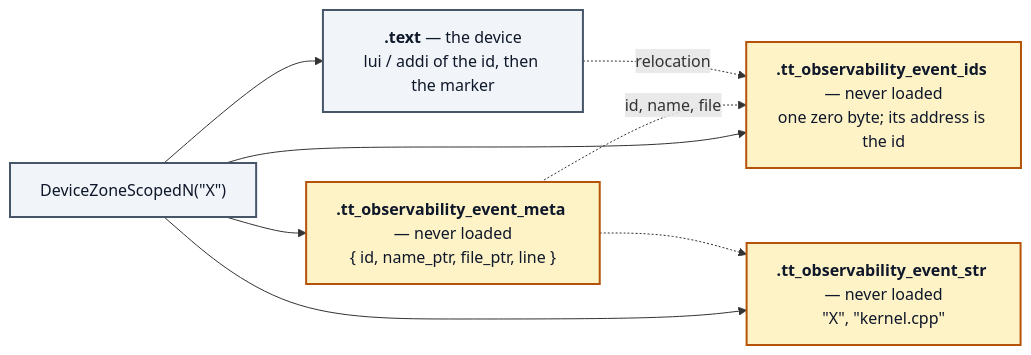
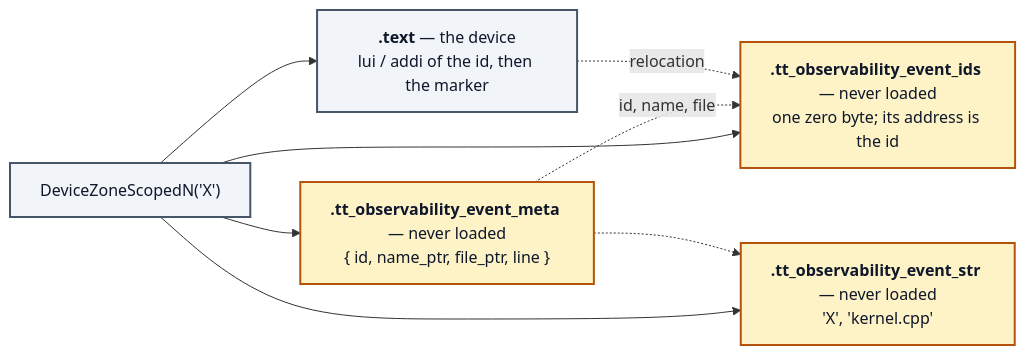
Before and after one commit to tenstorrent/tt-metal: the second of 2 diagrams in tt_metal/tools/profiler/STREAMING_PROFILER_ZONE_IDS.md, drawn with Mermaid. The commit also changed other lines of this file, not shown here.

Commit message:
profiler: zone-id doc -- fix the Mermaid diagrams on GitHub
GitHub decodes &quot; back to a double quote before Mermaid parses the label, which ends the
quoted label early ("Parse error on line 8 ... got 'STR'"). Use single quotes inside labels.

````diff
--- a/tt_metal/tools/profiler/STREAMING_PROFILER_ZONE_IDS.md
+++ b/tt_metal/tools/profiler/STREAMING_PROFILER_ZONE_IDS.md
@@ -57,19 +57,19 @@
 ```mermaid
 flowchart LR
   classDef code fill:#F1F5F9,stroke:#475569,stroke-width:2px,color:#0F172A
   classDef sec  fill:#FEF3C7,stroke:#B45309,stroke-width:2px,color:#0F172A
 
-  Z["DeviceZoneScopedN(&quot;X&quot;)"]:::code
+  Z["DeviceZoneScopedN('X')"]:::code
   I["<b>.tt_observability_event_ids</b> — never loaded<br/>one zero byte; its address is the id"]:::sec
   M["<b>.tt_observability_event_meta</b> — never loaded<br/>{ id, name_ptr, file_ptr, line }"]:::sec
-  T["<b>.tt_observability_event_str</b> — never loaded<br/>&quot;X&quot;, &quot;kernel.cpp&quot;"]:::sec
+  T["<b>.tt_observability_event_str</b> — never loaded<br/>'X', 'kernel.cpp'"]:::sec
   C["<b>.text</b> — the device<br/>lui / addi of the id, then the marker"]:::code
 
   Z --> I
   Z --> M
   Z --> T
   Z --> C
   M -. id, name, file .-> I
   M -.-> T
   C -. relocation .-> I
 ```
````
